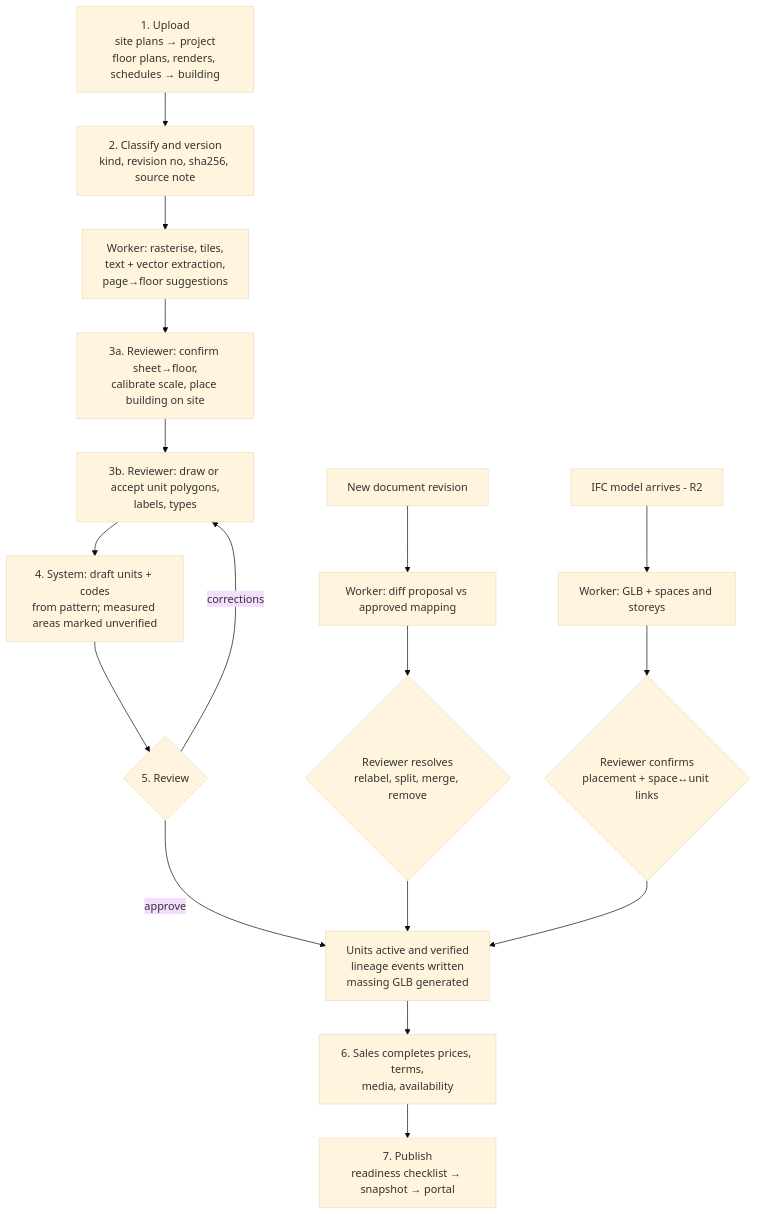
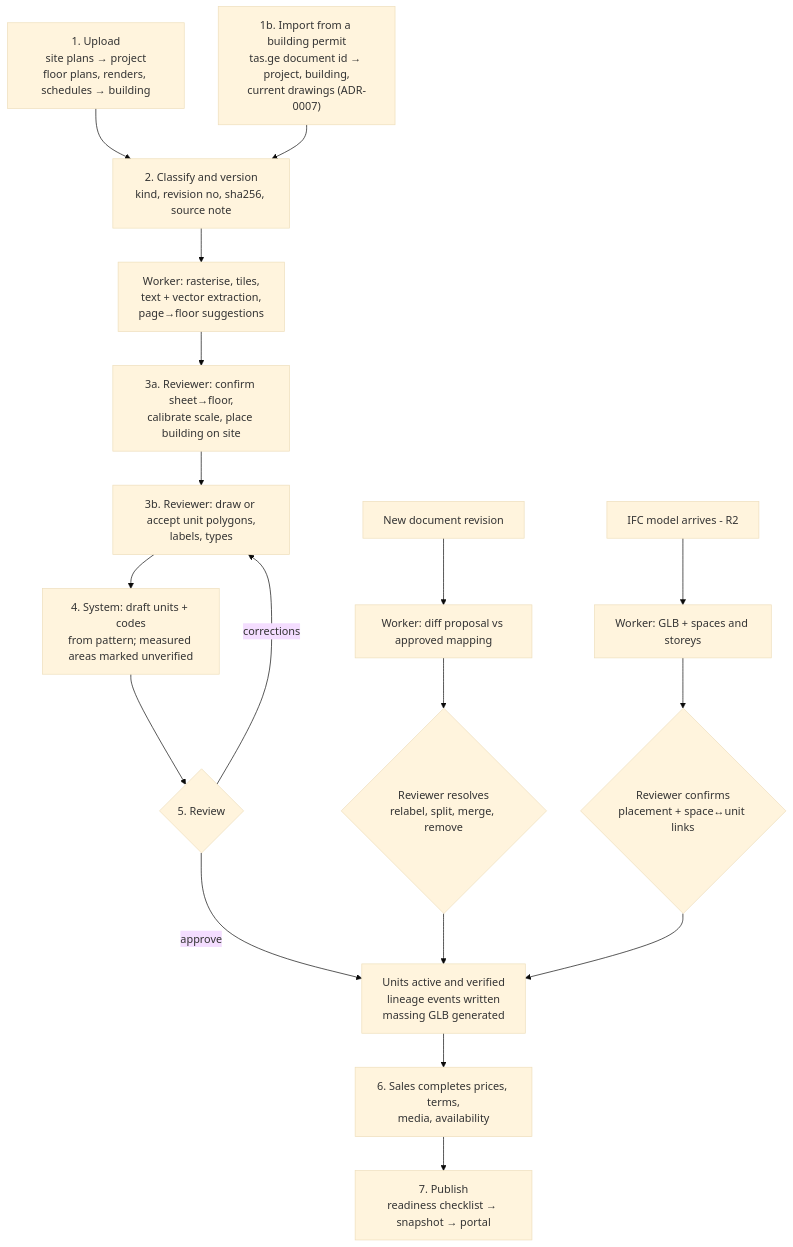
One commit to Datikos/unitforma changed the sixth of 6 diagrams in docs/architecture/plan-v0.1.md. Above: the diagram before and after it, drawn with Mermaid (base theme). The commit also changed other lines of this file and 21 other files, not shown here.

First line of the commit message:
feat: implement project import from tas.ge building permits

````diff
--- a/docs/architecture/plan-v0.1.md
+++ b/docs/architecture/plan-v0.1.md
@@ -1023,19 +1023,20 @@
 ```mermaid
 flowchart TD
   U["1. Upload<br/>site plans → project<br/>floor plans, renders, schedules → building"] --> C["2. Classify and version<br/>kind, revision no, sha256, source note"]
+  PR["1b. Import from a building permit<br/>tas.ge document id → project, building,<br/>current drawings (ADR-0007)"] --> C
   C --> R["Worker: rasterise, tiles,<br/>text + vector extraction,<br/>page→floor suggestions"]
   R --> S["3a. Reviewer: confirm sheet→floor,<br/>calibrate scale, place building on site"]
   S --> B["3b. Reviewer: draw or accept unit polygons,<br/>labels, types"]
   B --> D["4. System: draft units + codes<br/>from pattern; measured areas marked unverified"]
   D --> V{"5. Review"}
   V -->|corrections| B
   V -->|approve| A["Units active and verified<br/>lineage events written<br/>massing GLB generated"]
   A --> SD["6. Sales completes prices, terms,<br/>media, availability"]
   SD --> P["7. Publish<br/>readiness checklist → snapshot → portal"]
   NR[New document revision] --> R2["Worker: diff proposal vs approved mapping"]
   R2 --> V2{"Reviewer resolves<br/>relabel, split, merge, remove"}
   V2 --> A
   IFC[IFC model arrives - R2] --> CV["Worker: GLB + spaces and storeys"]
   CV --> M{"Reviewer confirms<br/>placement + space↔unit links"}
   M --> A
 ```
````
